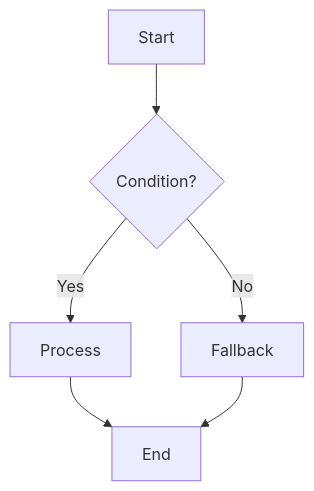
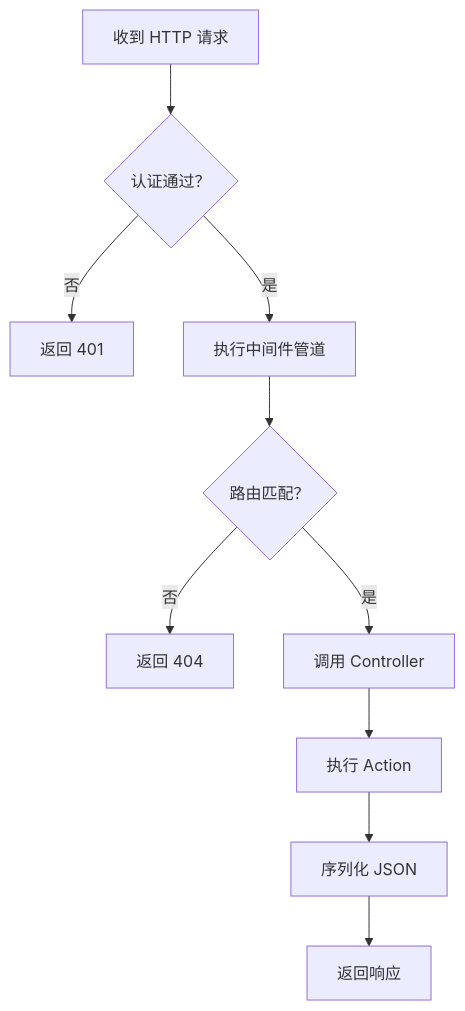
One commit to Axvser/CloudGlyph changed the fifth of 5 diagrams in skills/se-analysis/SKILL.md. Above: the diagram before and after it, drawn with Mermaid. The commit also changed other lines of this file and 48 other files, not shown here.

````diff
--- a/skills/se-analysis/SKILL.md
+++ b/skills/se-analysis/SKILL.md
@@ -73,8 +192,12 @@
 ```mermaid
 flowchart TD
-    A[Start] --> B{Condition?}
-    B -->|Yes| C[Process]
-    B -->|No| D[Fallback]
-    C --> E[End]
-    D --> E
+    A[收到 HTTP 请求] --> B{认证通过？}
+    B -->|否| C[返回 401]
+    B -->|是| D[执行中间件管道]
+    D --> E{路由匹配？}
+    E -->|否| F[返回 404]
+    E -->|是| G[调用 Controller]
+    G --> H[执行 Action]
+    H --> I[序列化 JSON]
+    I --> J[返回响应]
 ```
````
